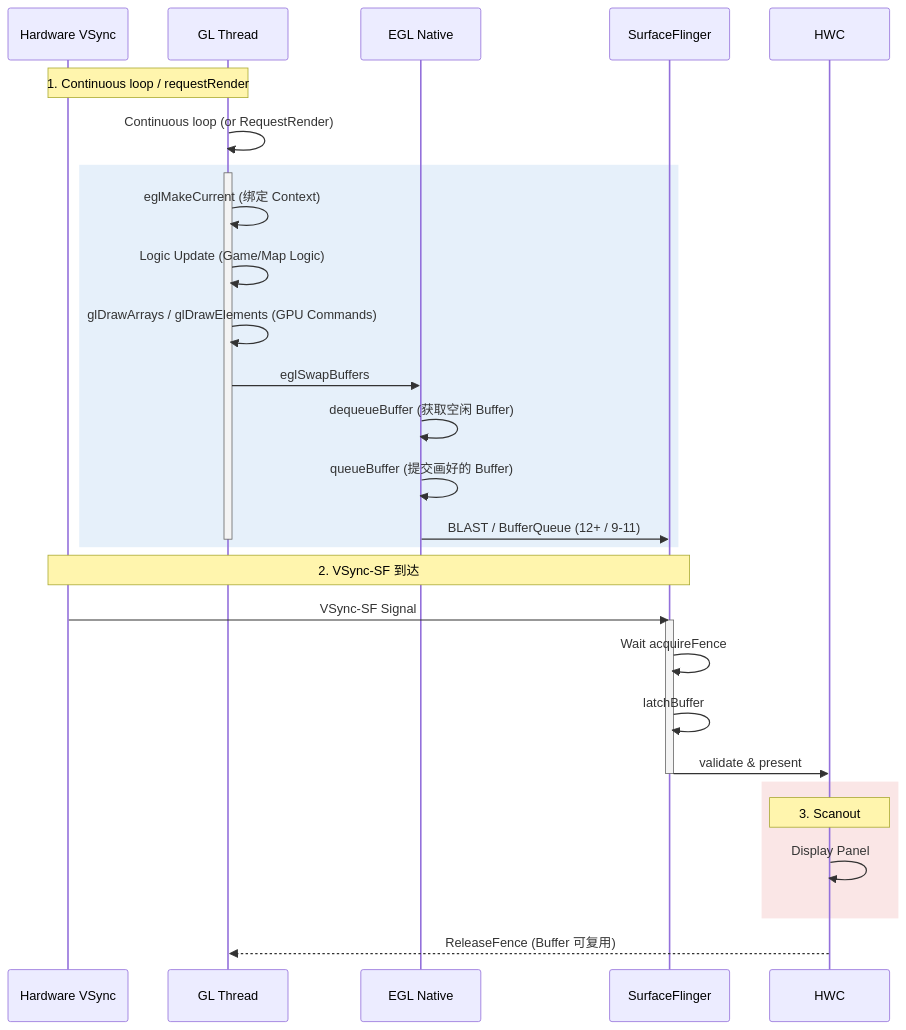
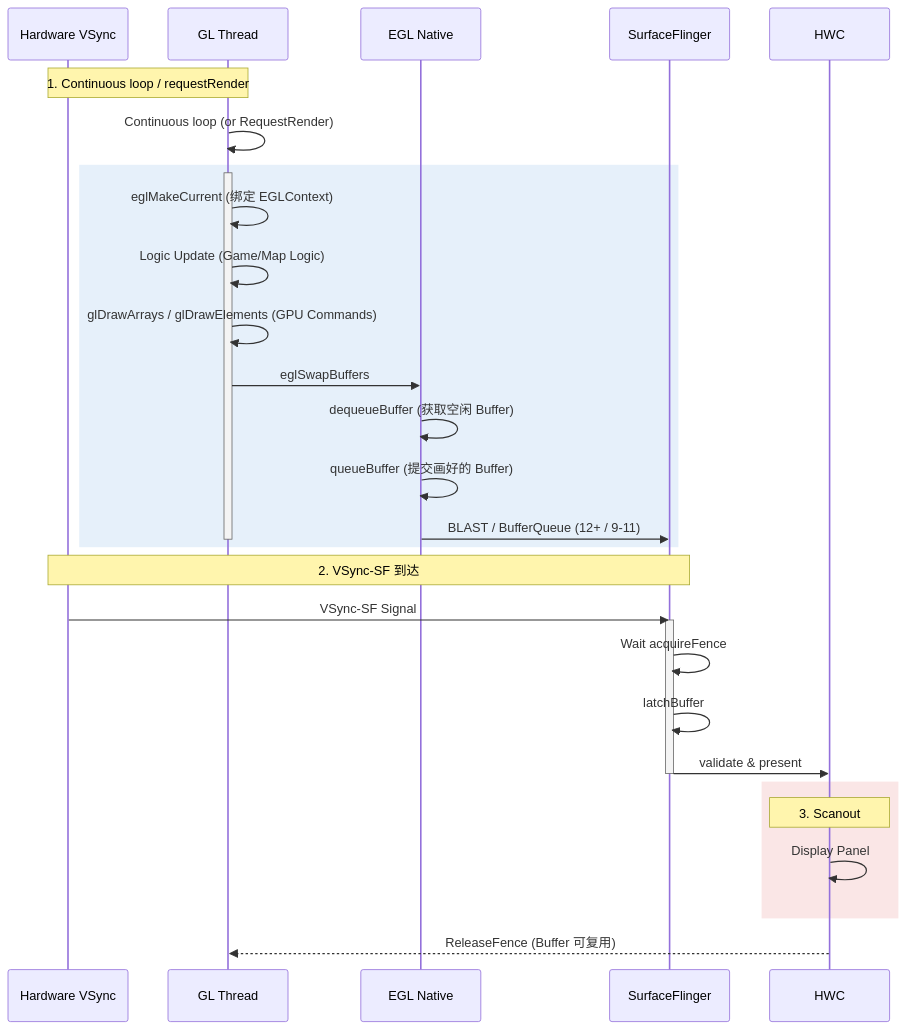
Before and after one commit to Gracker/android-internals-wiki: the second of 2 diagrams in src/part2-performance/ch18-rendering-pipelines/08-opengl-es.md, drawn with Mermaid. The commit also changed other lines of this file and 13 other files, not shown here.

````diff
--- a/src/part2-performance/ch18-rendering-pipelines/08-opengl-es.md
+++ b/src/part2-performance/ch18-rendering-pipelines/08-opengl-es.md
@@ -123,38 +124,38 @@
 ```mermaid
 sequenceDiagram
     participant HW as Hardware VSync
     participant GL as GL Thread
     participant EGL as EGL Native
     participant SF as SurfaceFlinger
     participant HWC as HWC
 
     Note over HW, GL: 1. Continuous loop / requestRender
     GL->>GL: Continuous loop (or RequestRender)
     
     rect rgb(230, 240, 250)
         activate GL
-        GL->>GL: eglMakeCurrent (绑定 Context)
+        GL->>GL: eglMakeCurrent (绑定 EGLContext)
         GL->>GL: Logic Update (Game/Map Logic)
         GL->>GL: glDrawArrays / glDrawElements (GPU Commands)
         GL->>EGL: eglSwapBuffers
         EGL->>EGL: dequeueBuffer (获取空闲 Buffer)
         EGL->>EGL: queueBuffer (提交画好的 Buffer)
         EGL->>SF: BLAST / BufferQueue (12+ / 9-11)
         deactivate GL
     end
 
     Note over HW, SF: 2. VSync-SF 到达
     HW->>SF: VSync-SF Signal
     activate SF
     SF->>SF: Wait acquireFence
     SF->>SF: latchBuffer
     SF->>HWC: validate & present
     deactivate SF
 
     rect rgb(250, 230, 230)
         Note over HWC: 3. Scanout
         HWC->>HWC: Display Panel
     end
     
     HWC-->>GL: ReleaseFence (Buffer 可复用)
 ```
````
